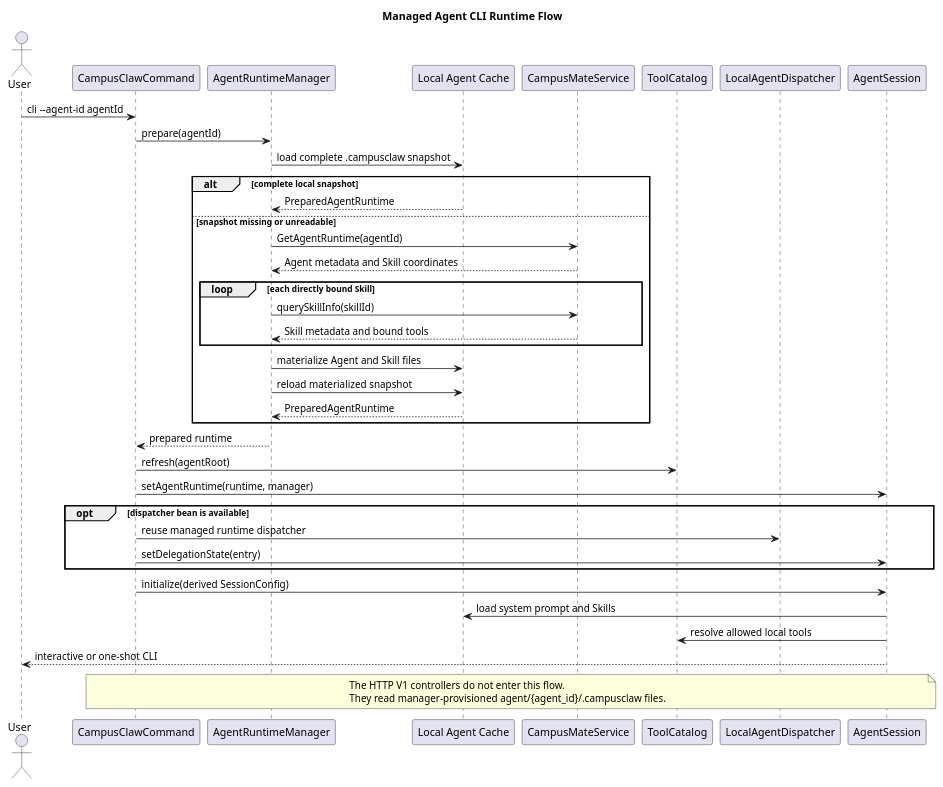
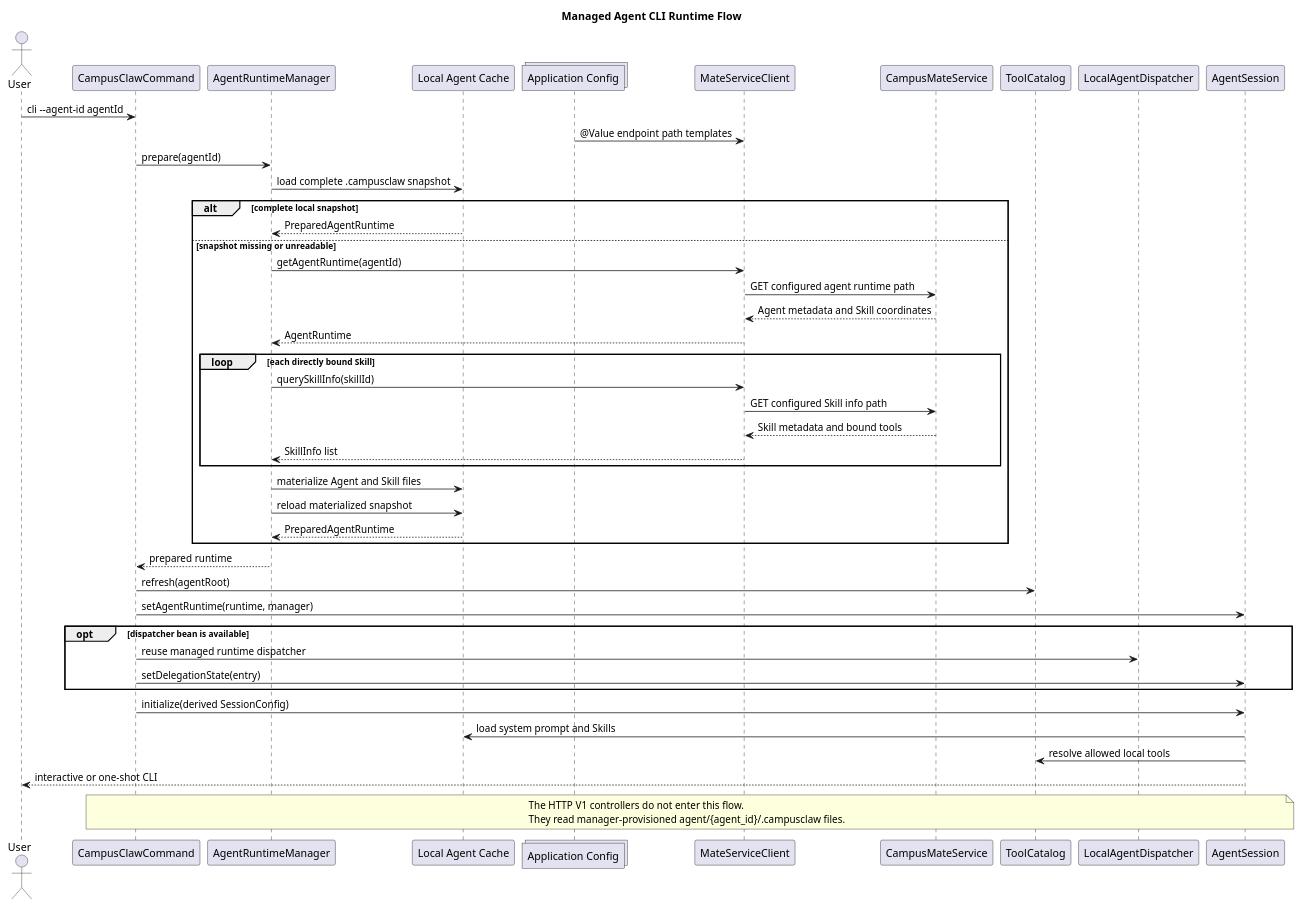
Before and after one commit to 2862282695gjh-afk/pi-mono-java: the diagram in docs/designs/agent-skill-runtime/diagram.puml, drawn with PlantUML. The commit also changed 32 other files, not shown here.

Commit message:
refactor(config): 配置化 Mate 出站接口路径

```diff
--- a/docs/designs/agent-skill-runtime/diagram.puml
+++ b/docs/designs/agent-skill-runtime/diagram.puml
@@ -1,54 +1,64 @@
 @startuml managed_agent_cli_flow
 title Managed Agent CLI Runtime Flow
 
 ' Source evidence: modules/coding-agent-cli/src/main/java/com/campusclaw/codingagent/cli/CampusClawCommand.java (call, createAgentSession, configureDelegation)
 ' Source evidence: modules/coding-agent-cli/src/main/java/com/campusclaw/codingagent/runtime/AgentRuntimeManager.java (prepare, materialize)
+' Source evidence: modules/coding-agent-cli/src/main/java/com/campusclaw/codingagent/runtime/MateServiceClient.java (constructor @Value path templates, getAgentRuntime, querySkillInfo)
 ' Source evidence: modules/coding-agent-cli/src/main/java/com/campusclaw/codingagent/session/AgentSession.java (initialize, setAgentRuntime, setDelegationState)
+' Source baseline: superheromeZzh/pi-mono-java commit 1e9d4ee2e14717764f8403c20375c55512cbd97b
 ' Observed behavior: only the explicit CLI --agent-id path uses the CampusMate materializer.
 ' Architecture change: HTTP V1 and managed CLI share the .campusclaw location but retain separate file contracts and loading flows.
+' Architecture change: outbound MateServiceClient endpoint templates are injected from application configuration.
 
 actor User
 participant "CampusClawCommand" as CLI
 participant "AgentRuntimeManager" as Runtime
 participant "Local Agent Cache" as Cache
+collections "Application Config" as Config
+participant "MateServiceClient" as MateClient
 participant "CampusMateService" as Mate
 participant "ToolCatalog" as Catalog
 participant "LocalAgentDispatcher" as Dispatcher
 participant "AgentSession" as Session
 
 User -> CLI: cli --agent-id agentId
+Config -> MateClient: @Value endpoint path templates
 CLI -> Runtime: prepare(agentId)
 Runtime -> Cache: load complete .campusclaw snapshot
 
 alt complete local snapshot
   Cache --> Runtime: PreparedAgentRuntime
 else snapshot missing or unreadable
-  Runtime -> Mate: GetAgentRuntime(agentId)
-  Mate --> Runtime: Agent metadata and Skill coordinates
+  Runtime -> MateClient: getAgentRuntime(agentId)
+  MateClient -> Mate: GET configured agent runtime path
+  Mate --> MateClient: Agent metadata and Skill coordinates
+  MateClient --> Runtime: AgentRuntime
   loop each directly bound Skill
-    Runtime -> Mate: querySkillInfo(skillId)
-    Mate --> Runtime: Skill metadata and bound tools
+    Runtime -> MateClient: querySkillInfo(skillId)
+    MateClient -> Mate: GET configured Skill info path
+    Mate --> MateClient: Skill metadata and bound tools
+    MateClient --> Runtime: SkillInfo list
   end
   Runtime -> Cache: materialize Agent and Skill files
   Runtime -> Cache: reload materialized snapshot
   Cache --> Runtime: PreparedAgentRuntime
 end
 
 Runtime --> CLI: prepared runtime
 CLI -> Catalog: refresh(agentRoot)
 CLI -> Session: setAgentRuntime(runtime, manager)
 opt dispatcher bean is available
   CLI -> Dispatcher: reuse managed runtime dispatcher
   CLI -> Session: setDelegationState(entry)
 end
 CLI -> Session: initialize(derived SessionConfig)
 Session -> Cache: load system prompt and Skills
 Session -> Catalog: resolve allowed local tools
 Session --> User: interactive or one-shot CLI
 
 note over CLI,Session
 The HTTP V1 controllers do not enter this flow.
 They read manager-provisioned agent/{agent_id}/.campusclaw files.
 end note
 
 @enduml
```
